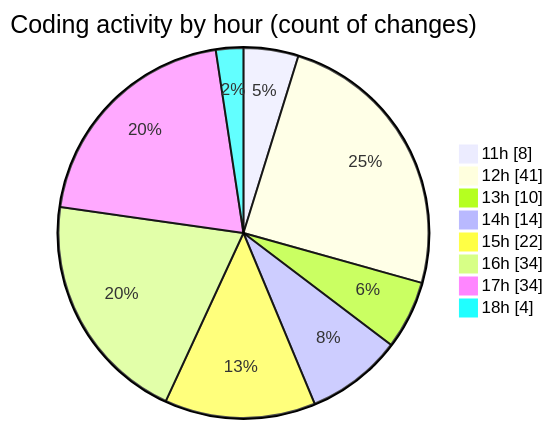
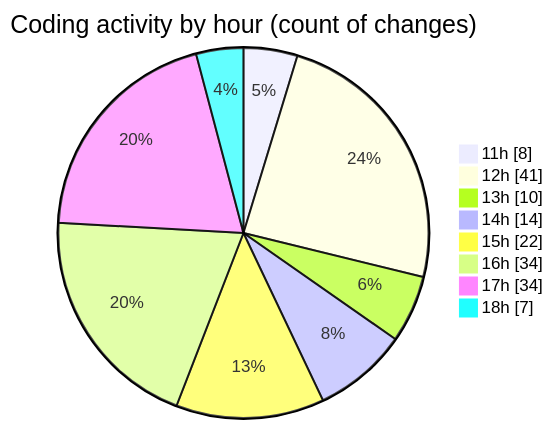
The second of 2 diagrams in 2025-05-04/project/README.md (BS-eng2023/code-tracking), drawn with Mermaid before and after one commit. The commit also changed other lines of this file and 1 other file, not shown here.

````diff
--- a/2025-05-04/project/README.md
+++ b/2025-05-04/project/README.md
@@ -54,12 +54,12 @@
 ```mermaid
 pie showData
 title Coding activity by hour (count of changes)
 "11h" : 8
 "12h" : 41
 "13h" : 10
 "14h" : 14
 "15h" : 22
 "16h" : 34
 "17h" : 34
-"18h" : 4
+"18h" : 7
 ```
````
